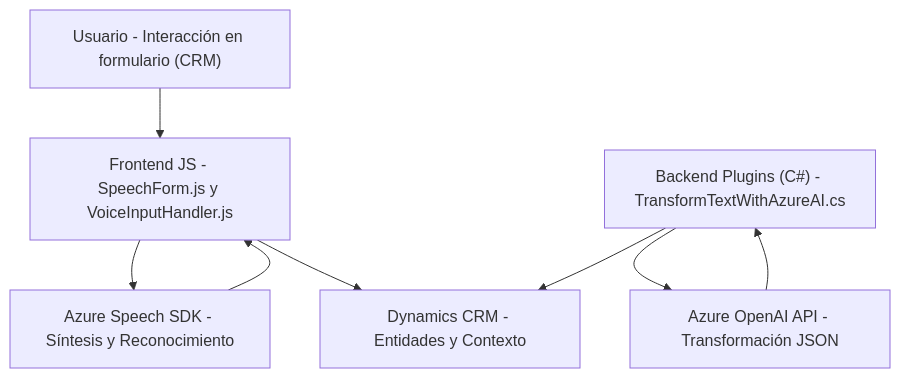
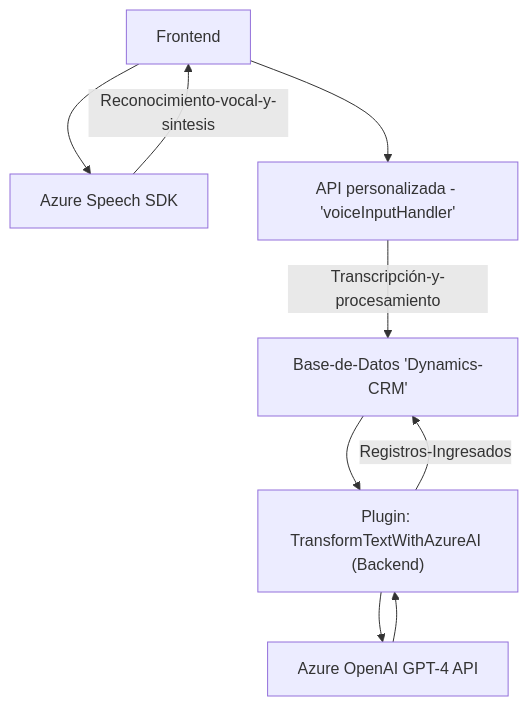
The diagram in README.md (blopezdm/NETCORE_BILBAO2025), drawn with Mermaid before and after one commit. The commit also changed other lines of this file, not shown here.

````diff
--- a/README.md
+++ b/README.md
@@ -40,17 +33,11 @@
 ```mermaid
 graph TD
-    A["Usuario - Interacción en formulario (CRM)"]
-    B["Frontend JS - SpeechForm.js y VoiceInputHandler.js"]
-    C["Azure Speech SDK - Síntesis y Reconocimiento"]
-    D["Backend Plugins (C#) - TransformTextWithAzureAI.cs"]
-    E["Azure OpenAI API - Transformación JSON"]
-    F["Dynamics CRM - Entidades y Contexto"]
-
-    A --> B
-    B --> C
-    B --> F
-    C --> B
-    D --> F
-    D --> E
-    E --> D
+    A["Frontend"] --> B["Azure Speech SDK"]
+    A["Frontend"] --> C["API personalizada - 'voiceInputHandler'"]
+    B["Azure Speech SDK"] -- Reconocimiento-vocal-y-sintesis --> A["Frontend"]
+    C["API personalizada - 'voiceInputHandler'"] -- Transcripción-y-procesamiento --> D["Base-de-Datos 'Dynamics-CRM'"]
+    D["Base-de-Datos 'Dynamics-CRM'"] --> E["Plugin: TransformTextWithAzureAI (Backend)"]
+    E["Plugin: TransformTextWithAzureAI (Backend)"] --> F["Azure OpenAI GPT-4 API"]
+    F["Azure OpenAI GPT-4 API"] --> E["Plugin: TransformTextWithAzureAI (Backend)"]
+    E["Plugin: TransformTextWithAzureAI (Backend)"] -- Registros-Ingresados --> D["Base-de-Datos 'Dynamics-CRM'"]
 ```
````
